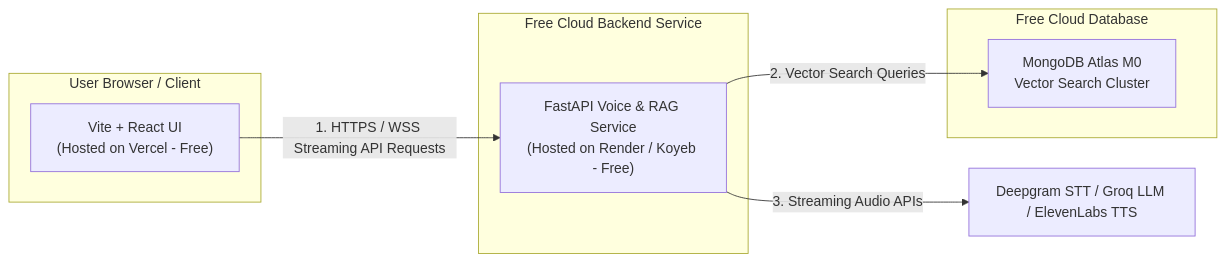
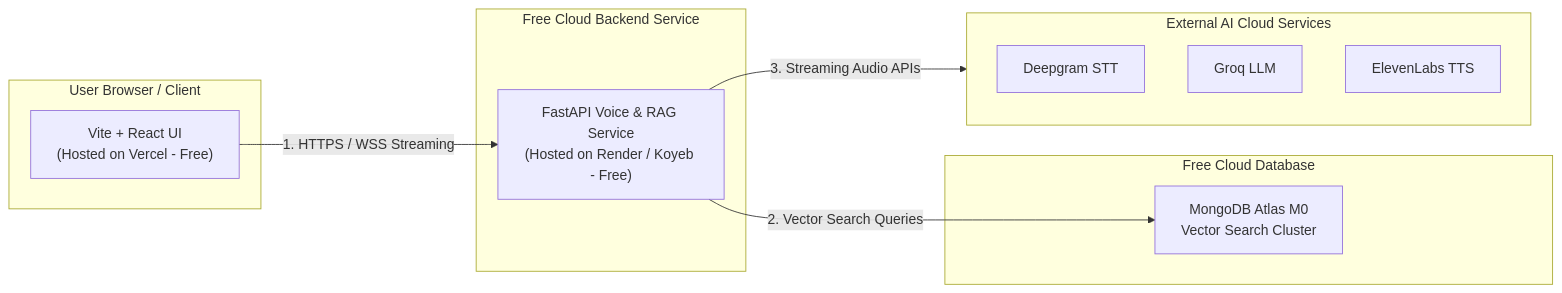
Before and after one commit to Shivanshvyas1729/Real-Time-Voice-AI-Agent-with-RAG: the diagram in docs/FREE_TIER_DEPLOYMENT_GUIDE.md, drawn with Mermaid. The commit also changed 4 other files, not shown here.

````diff
--- a/docs/FREE_TIER_DEPLOYMENT_GUIDE.md
+++ b/docs/FREE_TIER_DEPLOYMENT_GUIDE.md
@@ -9,18 +9,24 @@
 ```mermaid
 flowchart LR
     subgraph ClientBrowser["User Browser / Client"]
         ReactUI["Vite + React UI<br/>(Hosted on Vercel - Free)"]
     end
 
     subgraph BackendCloud["Free Cloud Backend Service"]
         FastAPI["FastAPI Voice & RAG Service<br/>(Hosted on Render / Koyeb - Free)"]
     end
 
     subgraph DBCloud["Free Cloud Database"]
         Mongo["MongoDB Atlas M0<br/>Vector Search Cluster"]
     end
 
-    ReactUI -->|"1. HTTPS / WSS Streaming API Requests"| FastAPI
+    subgraph ExternalAPIs["External AI Cloud Services"]
+        STT["Deepgram STT"]
+        LLM["Groq LLM"]
+        TTS["ElevenLabs TTS"]
+    end
+
+    ReactUI -->|"1. HTTPS / WSS Streaming"| FastAPI
     FastAPI -->|"2. Vector Search Queries"| Mongo
-    FastAPI -->|"3. Streaming Audio APIs"| ExternalAPIs["Deepgram STT / Groq LLM / ElevenLabs TTS"]
+    FastAPI -->|"3. Streaming Audio APIs"| ExternalAPIs
 ```
````
